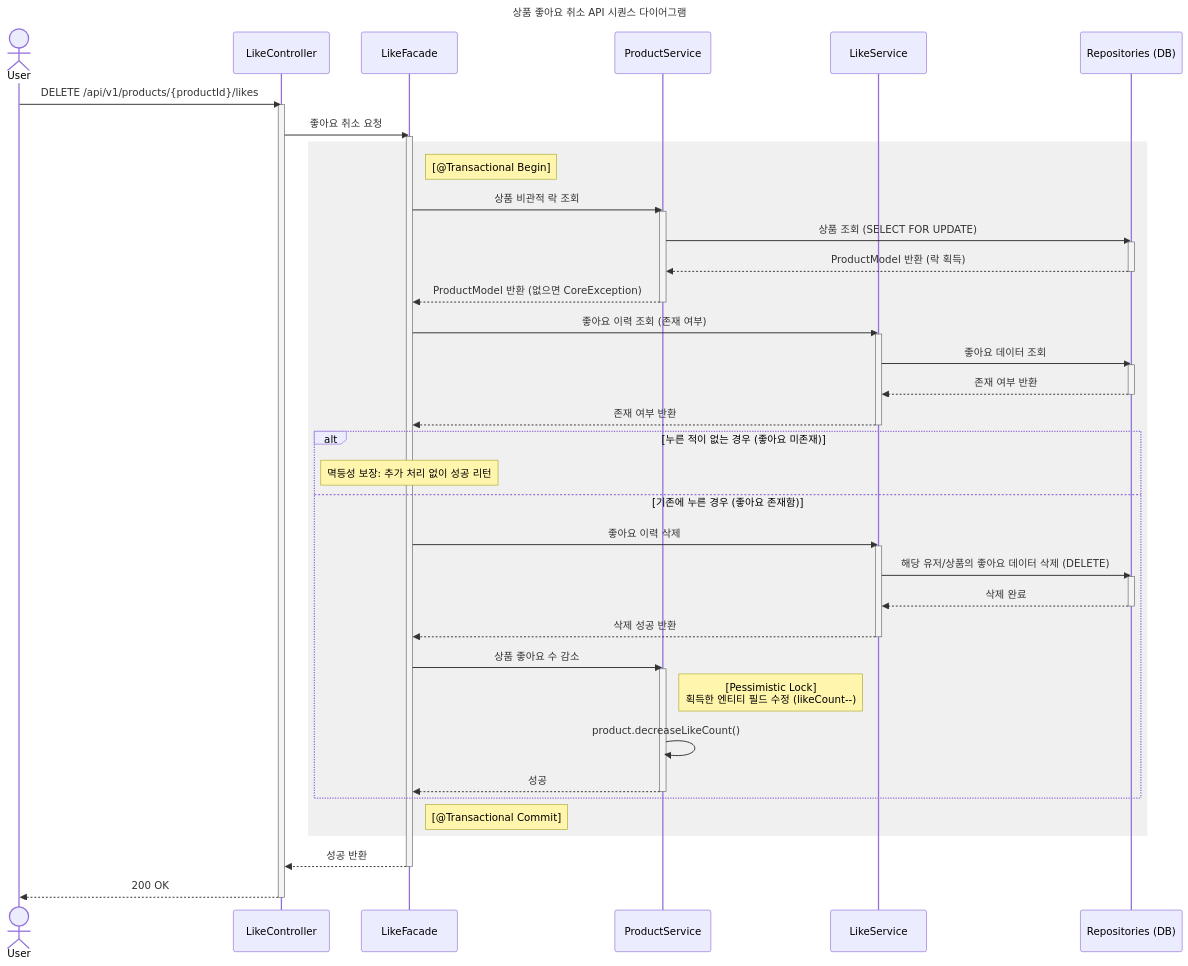
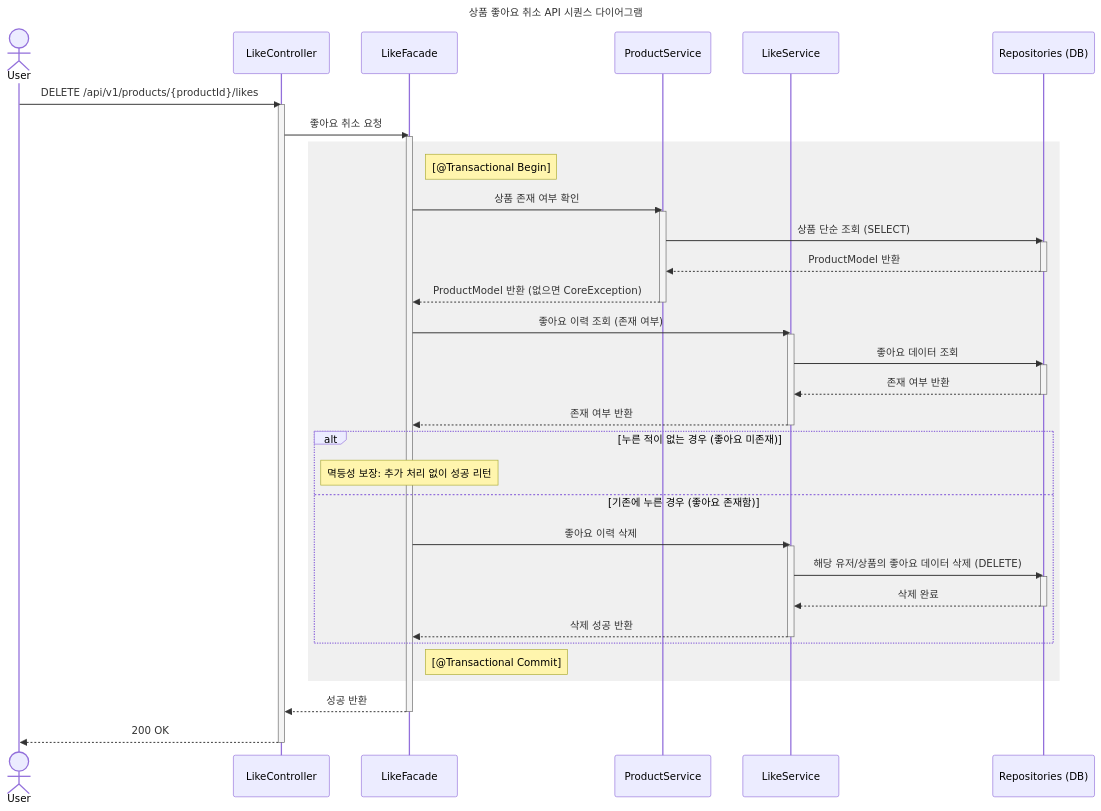
The third of 4 diagrams in docs/week2/02-sequence-diagrams.md (loopers-labs/loop-pack-be-l2-vol4-java), drawn with Mermaid before and after one commit. The commit also changed other lines of this file and 3 other files, not shown here.

````diff
--- a/docs/week2/02-sequence-diagrams.md
+++ b/docs/week2/02-sequence-diagrams.md
@@ -262,66 +157,59 @@
 ```mermaid
 sequenceDiagram
     title 상품 좋아요 취소 API 시퀀스 다이어그램
     actor User
     participant Controller as LikeController
     participant Facade as LikeFacade
     participant ProductSvc as ProductService
     participant LikeSvc as LikeService
     participant Repo as Repositories (DB)
 
     User->>Controller: DELETE /api/v1/products/{productId}/likes
     activate Controller
 
     Controller->>Facade: 좋아요 취소 요청
     activate Facade
 
     rect rgb(240, 240, 240)
         Note right of Facade: [@Transactional Begin]
 
-        Facade->>ProductSvc: 상품 비관적 락 조회
+        Facade->>ProductSvc: 상품 존재 여부 확인
         activate ProductSvc
-        ProductSvc->>Repo: 상품 조회 (SELECT FOR UPDATE)
+        ProductSvc->>Repo: 상품 단순 조회 (SELECT)
         activate Repo
-        Repo-->>ProductSvc: ProductModel 반환 (락 획득)
+        Repo-->>ProductSvc: ProductModel 반환
         deactivate Repo
         ProductSvc-->>Facade: ProductModel 반환 (없으면 CoreException)
         deactivate ProductSvc
 
         Facade->>LikeSvc: 좋아요 이력 조회 (존재 여부)
         activate LikeSvc
         LikeSvc->>Repo: 좋아요 데이터 조회
         activate Repo
         Repo-->>LikeSvc: 존재 여부 반환
         deactivate Repo
         LikeSvc-->>Facade: 존재 여부 반환
         deactivate LikeSvc
 
         alt 누른 적이 없는 경우 (좋아요 미존재)
             Note over Facade: 멱등성 보장: 추가 처리 없이 성공 리턴
         else 기존에 누른 경우 (좋아요 존재함)
             Facade->>LikeSvc: 좋아요 이력 삭제
             activate LikeSvc
             LikeSvc->>Repo: 해당 유저/상품의 좋아요 데이터 삭제 (DELETE)
             activate Repo
             Repo-->>LikeSvc: 삭제 완료
             deactivate Repo
             LikeSvc-->>Facade: 삭제 성공 반환
             deactivate LikeSvc
-
-            Facade->>ProductSvc: 상품 좋아요 수 감소
-            activate ProductSvc
-            Note right of ProductSvc: [Pessimistic Lock]<br/>획득한 엔티티 필드 수정 (likeCount--)
-            ProductSvc->>ProductSvc: product.decreaseLikeCount()
-            ProductSvc-->>Facade: 성공
-            deactivate ProductSvc
         end
 
         Note right of Facade: [@Transactional Commit]
     end
 
     Facade-->>Controller: 성공 반환
     deactivate Facade
 
     Controller-->>User: 200 OK
     deactivate Controller
 ```
````
